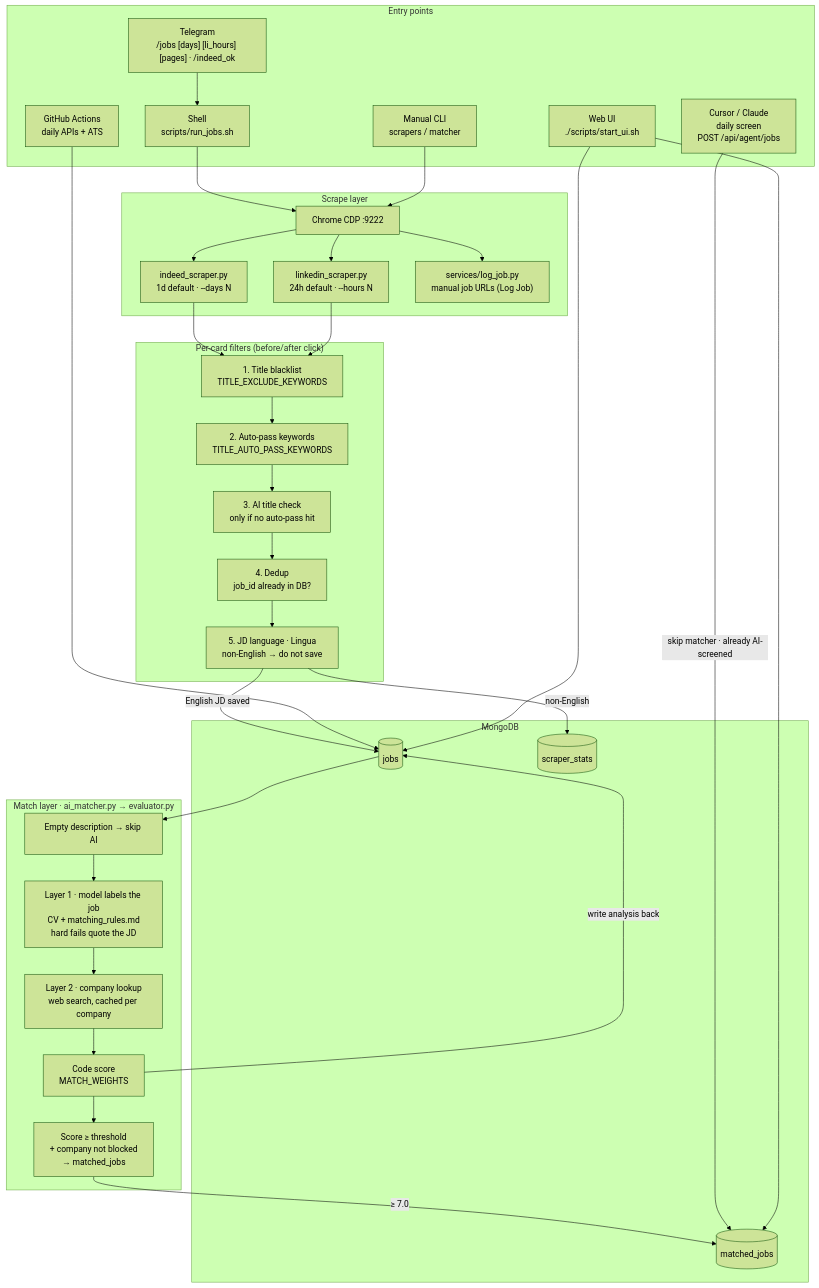
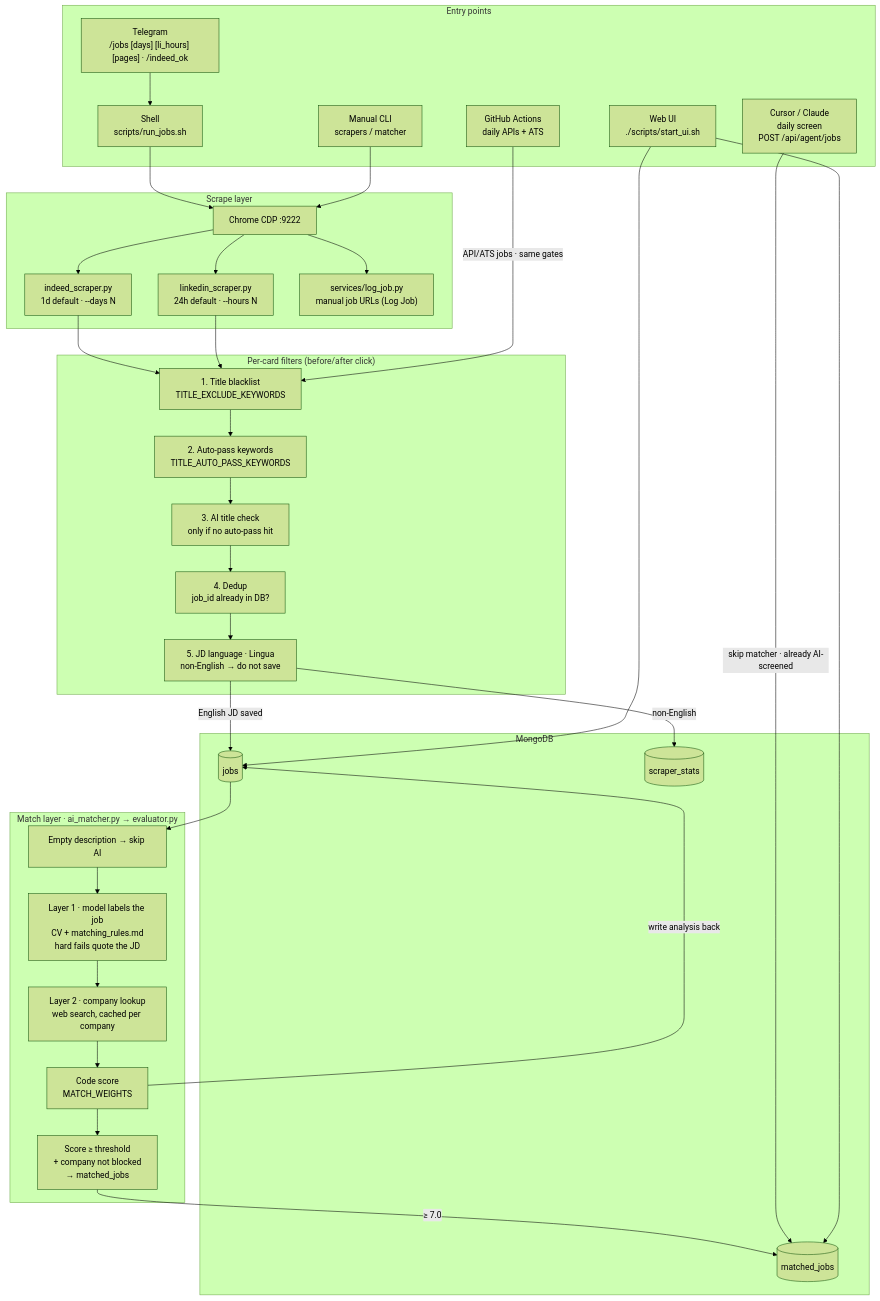
One commit to JialiNong/job_tracker changed the first of 4 diagrams in docs/architecture.md. Above: the diagram before and after it, drawn with Mermaid (forest theme). The commit also changed 12 other files, not shown here.

````diff
--- a/docs/architecture.md
+++ b/docs/architecture.md
@@ -13,57 +13,57 @@
 ```mermaid
 flowchart TB
     subgraph Triggers["Entry points"]
         T1["Telegram<br/>/jobs [days] [li_hours] [pages] · /indeed_ok"]
         T2["Shell<br/>scripts/run_jobs.sh"]
         T3["GitHub Actions<br/>daily APIs + ATS"]
         T4["Web UI<br/>./scripts/start_ui.sh"]
         T5["Manual CLI<br/>scrapers / matcher"]
         T6["Cursor / Claude<br/>daily screen<br/>POST /api/agent/jobs"]
     end
 
     subgraph Scrape["Scrape layer"]
         Chrome["Chrome CDP :9222"]
         Indeed["indeed_scraper.py<br/>1d default · --days N"]
         LI["linkedin_scraper.py<br/>24h default · --hours N"]
         Manual["services/log_job.py<br/>manual job URLs (Log Job)"]
     end
 
     subgraph Filters["Per-card filters (before/after click)"]
         F1["1. Title blacklist<br/>TITLE_EXCLUDE_KEYWORDS"]
         F2["2. Auto-pass keywords<br/>TITLE_AUTO_PASS_KEYWORDS"]
         F3["3. AI title check<br/>only if no auto-pass hit"]
         F4["4. Dedup<br/>job_id already in DB?"]
         F5["5. JD language · Lingua<br/>non-English → do not save"]
     end
 
     subgraph Store["MongoDB"]
         Jobs[("jobs")]
         Matched[("matched_jobs")]
         Stats[("scraper_stats")]
     end
 
     subgraph Match["Match layer · ai_matcher.py → evaluator.py"]
         M0["Empty description → skip AI"]
         M1["Layer 1 · model labels the job<br/>CV + matching_rules.md<br/>hard fails quote the JD"]
         M1b["Layer 2 · company lookup<br/>web search, cached per company"]
         M2["Code score<br/>MATCH_WEIGHTS"]
         M3["Score ≥ threshold<br/>+ company not blocked<br/>→ matched_jobs"]
     end
 
     T1 --> T2
     T2 --> Chrome
     T5 --> Chrome
     Chrome --> Indeed & LI & Manual
 
     Indeed & LI --> F1 --> F2 --> F3 --> F4 --> F5
     F5 -->|English JD saved| Jobs
     F5 -->|non-English| Stats
 
-    T3 --> Jobs
+    T3 -->|API/ATS jobs · same gates| F1
     Jobs --> M0 --> M1 --> M1b --> M2 --> M3
     M3 -->|≥ 7.0| Matched
     M2 -->|write analysis back| Jobs
 
     T6 -->|skip matcher · already AI-screened| Matched
     T4 --> Matched & Jobs
 ```
````
